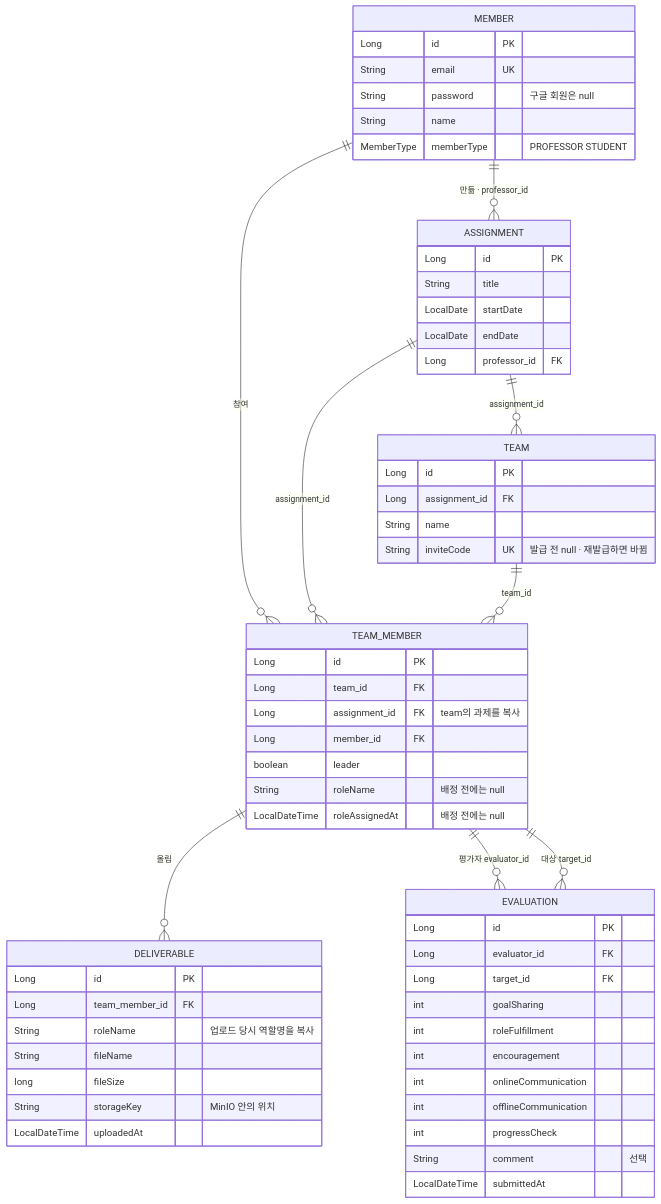
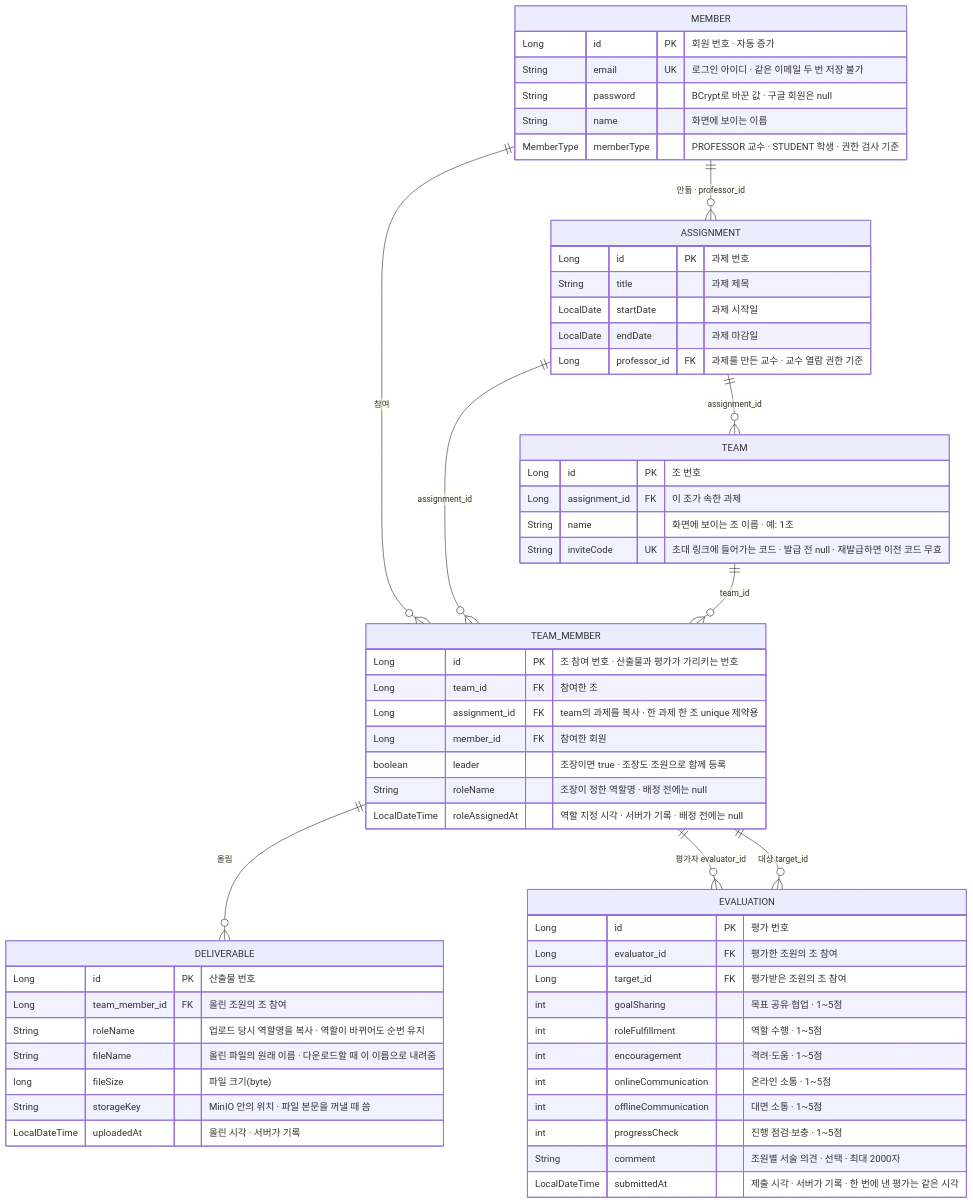
The sixth of 6 diagrams in docs/architecture.md (Pyrite9/footprint-demo), drawn with Mermaid before and after one commit. The commit also changed other lines of this file and 1 other file, not shown here.

Commit message:
docs: add per-column remarks to the ERD

````diff
--- a/docs/architecture.md
+++ b/docs/architecture.md
@@ -200,63 +200,63 @@
 ```mermaid
 erDiagram
     MEMBER ||--o{ ASSIGNMENT : "만듦 · professor_id"
     MEMBER ||--o{ TEAM_MEMBER : "참여"
     ASSIGNMENT ||--o{ TEAM : "assignment_id"
     ASSIGNMENT ||--o{ TEAM_MEMBER : "assignment_id"
     TEAM ||--o{ TEAM_MEMBER : "team_id"
     TEAM_MEMBER ||--o{ DELIVERABLE : "올림"
     TEAM_MEMBER ||--o{ EVALUATION : "평가자 evaluator_id"
     TEAM_MEMBER ||--o{ EVALUATION : "대상 target_id"
 
     MEMBER {
-        Long id PK
-        String email UK
-        String password "구글 회원은 null"
-        String name
-        MemberType memberType "PROFESSOR STUDENT"
+        Long id PK "회원 번호 · 자동 증가"
+        String email UK "로그인 아이디 · 같은 이메일 두 번 저장 불가"
+        String password "BCrypt로 바꾼 값 · 구글 회원은 null"
+        String name "화면에 보이는 이름"
+        MemberType memberType "PROFESSOR 교수 · STUDENT 학생 · 권한 검사 기준"
     }
     ASSIGNMENT {
-        Long id PK
-        String title
-        LocalDate startDate
-        LocalDate endDate
-        Long professor_id FK
+        Long id PK "과제 번호"
+        String title "과제 제목"
+        LocalDate startDate "과제 시작일"
+        LocalDate endDate "과제 마감일"
+        Long professor_id FK "과제를 만든 교수 · 교수 열람 권한 기준"
     }
     TEAM {
-        Long id PK
-        Long assignment_id FK
-        String name
-        String inviteCode UK "발급 전 null · 재발급하면 바뀜"
+        Long id PK "조 번호"
+        Long assignment_id FK "이 조가 속한 과제"
+        String name "화면에 보이는 조 이름 · 예: 1조"
+        String inviteCode UK "초대 링크에 들어가는 코드 · 발급 전 null · 재발급하면 이전 코드 무효"
     }
     TEAM_MEMBER {
-        Long id PK
-        Long team_id FK
-        Long assignment_id FK "team의 과제를 복사"
-        Long member_id FK
-        boolean leader
-        String roleName "배정 전에는 null"
-        LocalDateTime roleAssignedAt "배정 전에는 null"
+        Long id PK "조 참여 번호 · 산출물과 평가가 가리키는 번호"
+        Long team_id FK "참여한 조"
+        Long assignment_id FK "team의 과제를 복사 · 한 과제 한 조 unique 제약용"
+        Long member_id FK "참여한 회원"
+        boolean leader "조장이면 true · 조장도 조원으로 함께 등록"
+        String roleName "조장이 정한 역할명 · 배정 전에는 null"
+        LocalDateTime roleAssignedAt "역할 지정 시각 · 서버가 기록 · 배정 전에는 null"
     }
     DELIVERABLE {
-        Long id PK
-        Long team_member_id FK
-        String roleName "업로드 당시 역할명을 복사"
-        String fileName
-        long fileSize
-        String storageKey "MinIO 안의 위치"
-        LocalDateTime uploadedAt
+        Long id PK "산출물 번호"
+        Long team_member_id FK "올린 조원의 조 참여"
+        String roleName "업로드 당시 역할명을 복사 · 역할이 바뀌어도 순번 유지"
+        String fileName "올린 파일의 원래 이름 · 다운로드할 때 이 이름으로 내려줌"
+        long fileSize "파일 크기(byte)"
+        String storageKey "MinIO 안의 위치 · 파일 본문을 꺼낼 때 씀"
+        LocalDateTime uploadedAt "올린 시각 · 서버가 기록"
     }
     EVALUATION {
-        Long id PK
-        Long evaluator_id FK
-        Long target_id FK
-        int goalSharing
-        int roleFulfillment
-        int encouragement
-        int onlineCommunication
-        int offlineCommunication
-        int progressCheck
-        String comment "선택"
-        LocalDateTime submittedAt
+        Long id PK "평가 번호"
+        Long evaluator_id FK "평가한 조원의 조 참여"
+        Long target_id FK "평가받은 조원의 조 참여"
+        int goalSharing "목표 공유·협업 · 1~5점"
+        int roleFulfillment "역할 수행 · 1~5점"
+        int encouragement "격려·도움 · 1~5점"
+        int onlineCommunication "온라인 소통 · 1~5점"
+        int offlineCommunication "대면 소통 · 1~5점"
+        int progressCheck "진행 점검·보충 · 1~5점"
+        String comment "조원별 서술 의견 · 선택 · 최대 2000자"
+        LocalDateTime submittedAt "제출 시각 · 서버가 기록 · 한 번에 낸 평가는 같은 시각"
     }
 ```
````
